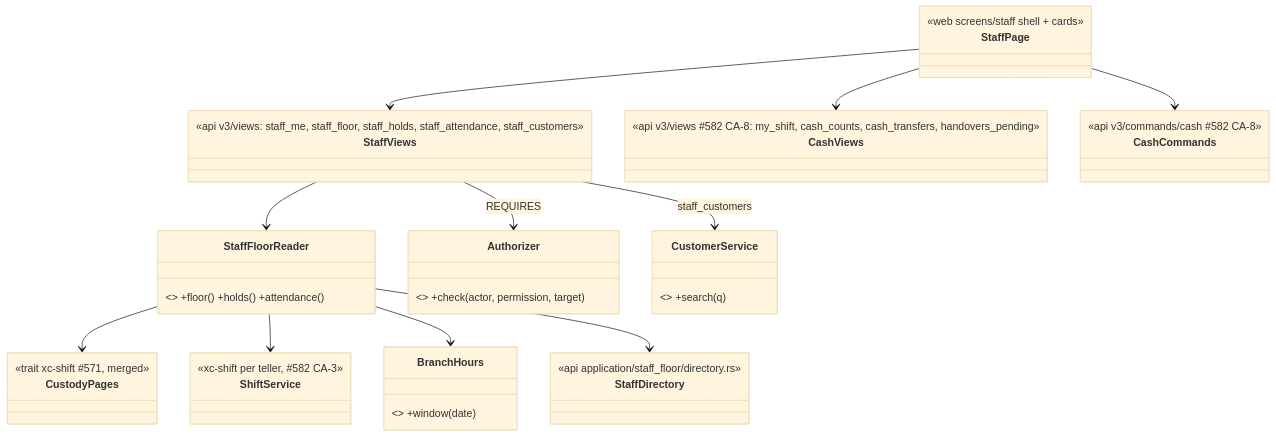
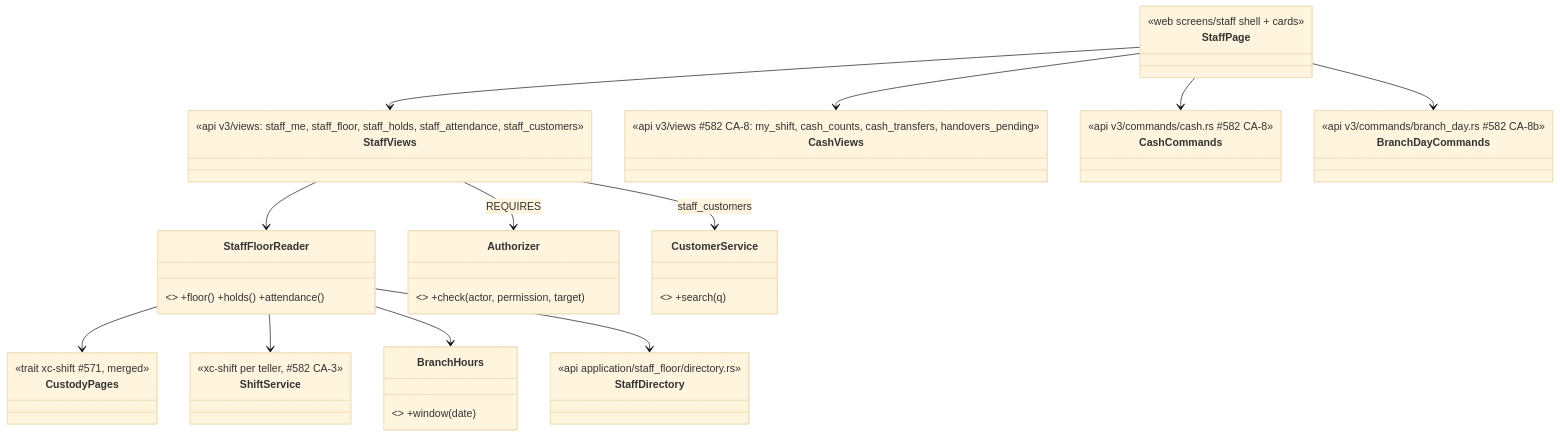
The diagram in docs/design/xchange-v3-wave3-staff.md (yuthstyle88/xchange-dev), drawn with Mermaid (base theme) before and after one commit. The commit also changed other lines of this file and 1 other file, not shown here.

````diff
--- a/docs/design/xchange-v3-wave3-staff.md
+++ b/docs/design/xchange-v3-wave3-staff.md
@@ -122,25 +125,27 @@
 ```mermaid
 classDiagram
   class StaffFloorReader { <<api application/staff_floor/reader.rs>> +floor() +holds() +attendance() }
   class StaffDirectory { <<api application/staff_floor/directory.rs>> }
   class CustodyPages { <<trait xc-shift  #571, merged>> }
   class ShiftService { <<xc-shift  per teller, #582 CA-3>> }
   class BranchHours { <<xc-rate  #550 OR-1>> +window(date) }
   class Authorizer { <<xc-auth  #550 OR-2>> +check(actor, permission, target) }
   class CustomerService { <<xc-customer  #554 CI-4/CI-5>> +search(q) }
   class StaffViews { <<api v3/views: staff_me, staff_floor, staff_holds, staff_attendance, staff_customers>> }
   class CashViews { <<api v3/views  #582 CA-8: my_shift, cash_counts, cash_transfers, handovers_pending>> }
-  class CashCommands { <<api v3/commands/cash  #582 CA-8>> }
+  class CashCommands { <<api v3/commands/cash.rs  #582 CA-8>> }
+  class BranchDayCommands { <<api v3/commands/branch_day.rs  #582 CA-8b>> }
   class StaffPage { <<web screens/staff  shell + cards>> }
 
   StaffViews --> StaffFloorReader
   StaffViews --> Authorizer : REQUIRES
   StaffFloorReader --> CustodyPages
   StaffFloorReader --> ShiftService
   StaffFloorReader --> BranchHours
   StaffFloorReader --> StaffDirectory
   StaffViews --> CustomerService : staff_customers
   StaffPage --> StaffViews
   StaffPage --> CashViews
   StaffPage --> CashCommands
+  StaffPage --> BranchDayCommands
 ```
````
